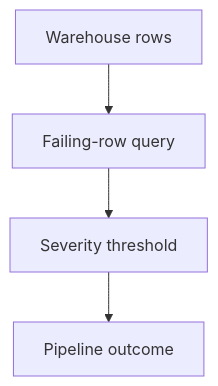
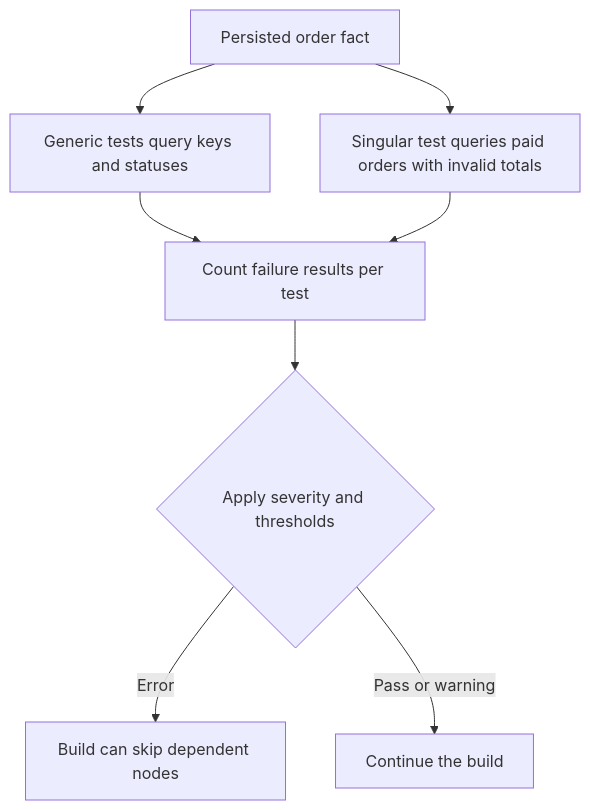
One commit to Rohit1024/dbt-learn changed the diagram in docs/lessons/0012-generic-and-singular-data-tests.md. Above: the diagram before and after it, drawn with Mermaid. The commit also changed other lines of this file and 4 other files, not shown here.

````diff
--- a/docs/lessons/0012-generic-and-singular-data-tests.md
+++ b/docs/lessons/0012-generic-and-singular-data-tests.md
@@ -7,8 +14,10 @@
 ```mermaid
 flowchart TD
-    A["Warehouse rows"]
-    B["Failing-row query"]
-    C["Severity threshold"]
-    D["Pipeline outcome"]
-    A --> B --> C --> D
+    A["Persisted order fact"] --> B["Generic tests query keys and statuses"]
+    A --> C["Singular test queries paid orders with invalid totals"]
+    B --> D["Count failure results per test"]
+    C --> D
+    D --> E{"Apply severity and thresholds"}
+    E -->|Error| F["Build can skip dependent nodes"]
+    E -->|Pass or warning| G["Continue the build"]
 ```
````
